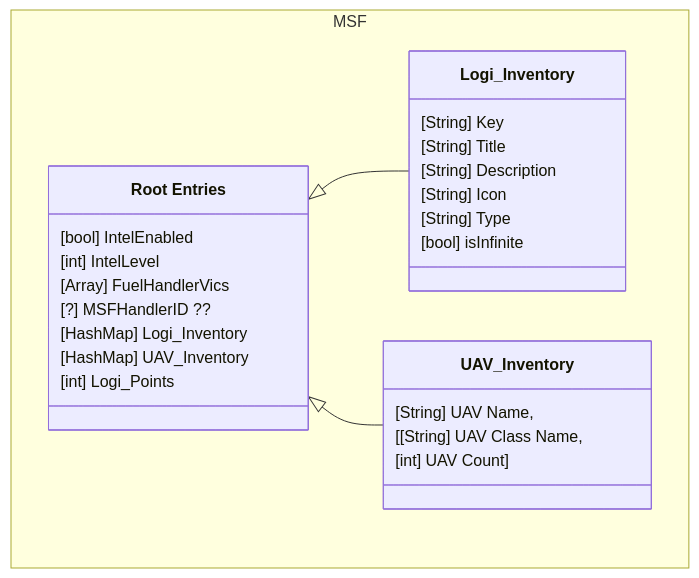
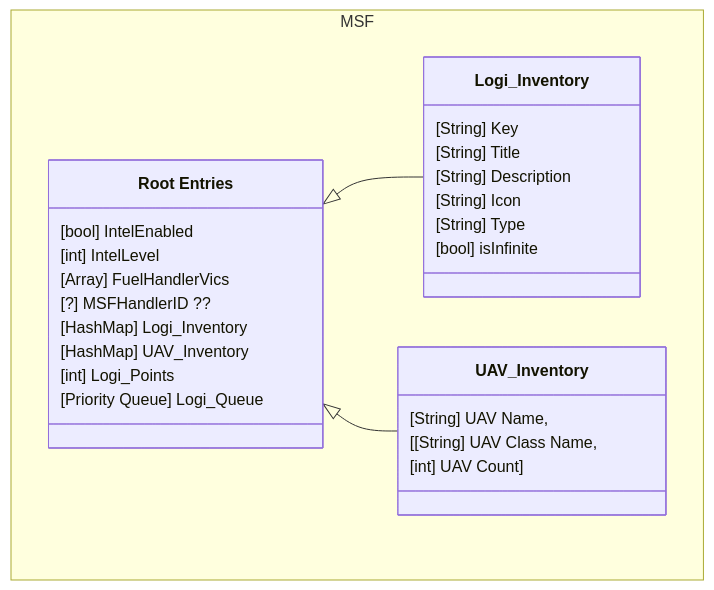
One commit to zeiktuvai/MSF_Addon changed the first of 3 diagrams in notes/MSF_Data.md. Above: the diagram before and after it, drawn with Mermaid. The commit also changed 10 other files, not shown here.

````diff
--- a/notes/MSF_Data.md
+++ b/notes/MSF_Data.md
@@ -3,29 +3,30 @@
 ```mermaid
 classDiagram
 Root <|-- Logi_Inventory
 Root <|-- UAV_Inventory
 namespace MSF {
     class Root["Root Entries"] {
         [bool] IntelEnabled
         [int] IntelLevel
         [Array] FuelHandlerVics
         [?] MSFHandlerID ??
         [HashMap] Logi_Inventory
         [HashMap] UAV_Inventory
         [int] Logi_Points
+        [Priority Queue] Logi_Queue
     }
     class Logi_Inventory {
         [String] Key
         [String] Title
         [String] Description
         [String] Icon
         [String] Type
         [bool] isInfinite
     }
     class UAV_Inventory {
         [String] UAV Name,
         [[String] UAV Class Name,
         [int] UAV Count]
     }
 }
 ```
````
